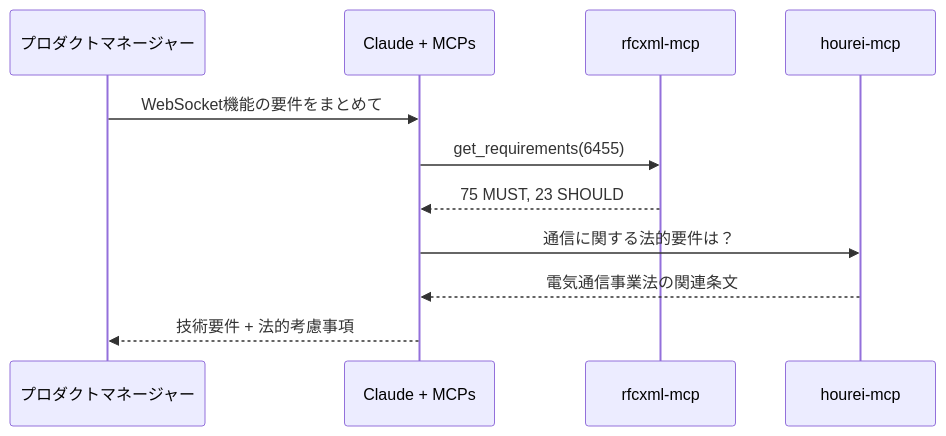
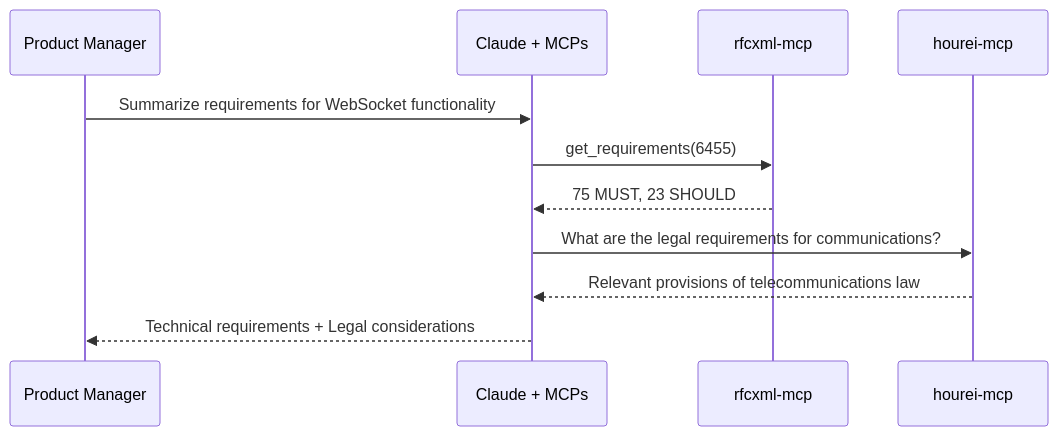
Before and after one commit to shuji-bonji/ai-agent-architecture: the second of 5 diagrams in docs/workflows/development-phases.md, drawn with Mermaid. The commit also changed other lines of this file and 42 other files, not shown here.

````diff
--- a/docs/workflows/development-phases.md
+++ b/docs/workflows/development-phases.md
@@ -59,14 +61,14 @@
 ```mermaid
 sequenceDiagram
-    participant PM as プロダクトマネージャー
+    participant PM as Product Manager
     participant Claude as Claude + MCPs
     participant RFC as rfcxml-mcp
     participant Law as hourei-mcp
 
-    PM->>Claude: WebSocket機能の要件をまとめて
+    PM->>Claude: Summarize requirements for WebSocket functionality
     Claude->>RFC: get_requirements(6455)
     RFC-->>Claude: 75 MUST, 23 SHOULD
-    Claude->>Law: 通信に関する法的要件は？
-    Law-->>Claude: 電気通信事業法の関連条文
-    Claude-->>PM: 技術要件 + 法的考慮事項
+    Claude->>Law: What are the legal requirements for communications?
+    Law-->>Claude: Relevant provisions of telecommunications law
+    Claude-->>PM: Technical requirements + Legal considerations
 ```
````
